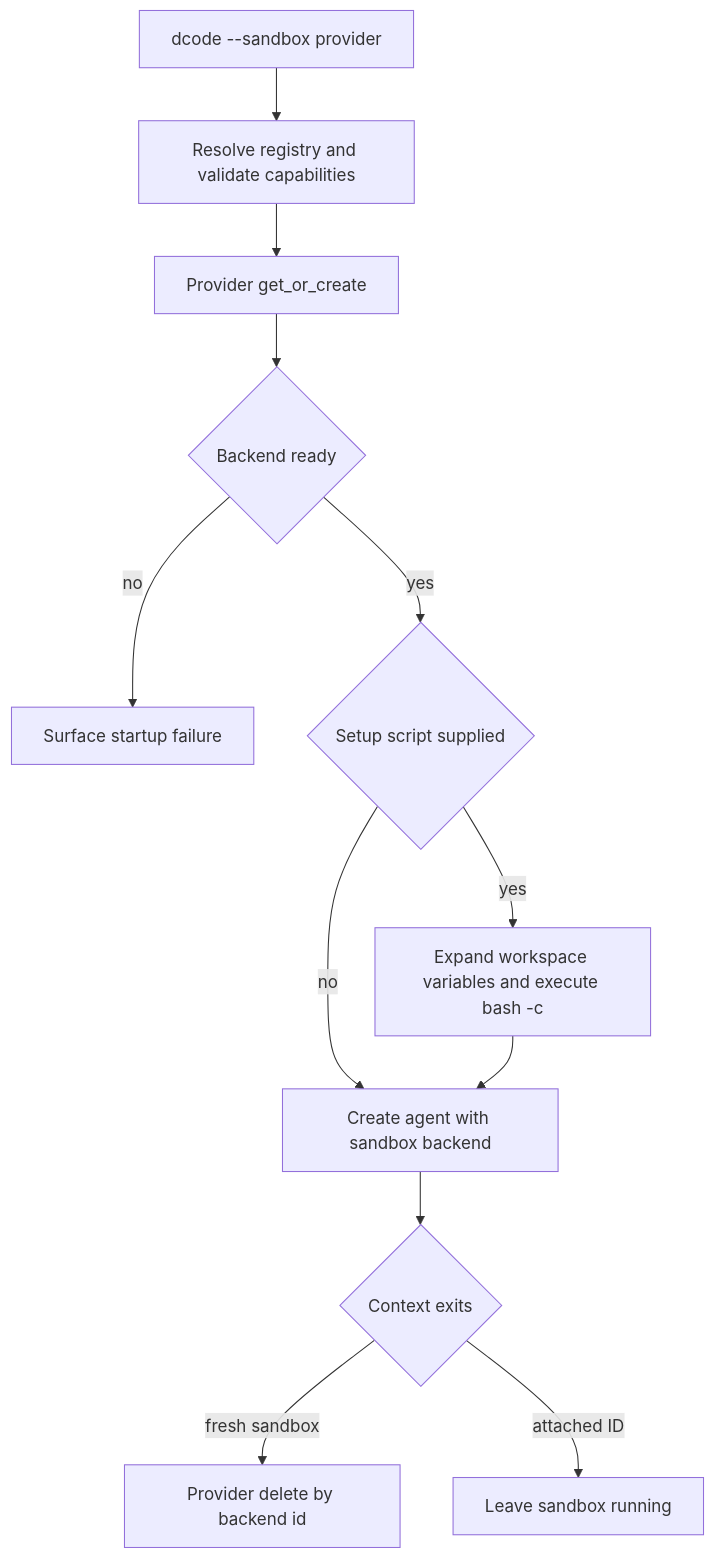
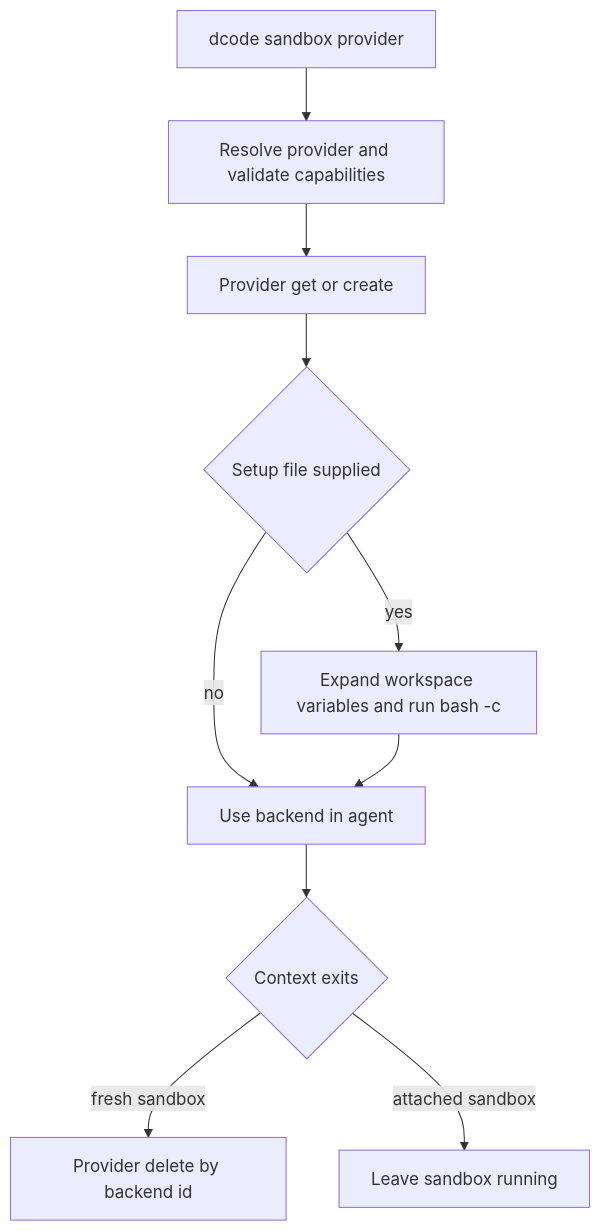
One commit to jkennedyvz/deepagents changed the second of 2 diagrams in openwiki/integrations/sandbox-partners.md. Above: the diagram before and after it, drawn with Mermaid. The commit also changed other lines of this file and 63 other files, not shown here.

````diff
--- a/openwiki/integrations/sandbox-partners.md
+++ b/openwiki/integrations/sandbox-partners.md
@@ -98,14 +101,12 @@
 ```mermaid
 flowchart TD
-    Start["dcode --sandbox provider"] --> Registry["Resolve registry and validate capabilities"]
-    Registry --> Create["Provider get_or_create"]
-    Create --> Ready{"Backend ready"}
-    Ready -->|no| Fail["Surface startup failure"]
-    Ready -->|yes| Setup{"Setup script supplied"}
-    Setup -->|yes| RunSetup["Expand workspace variables and execute bash -c"]
-    Setup -->|no| Serve["Create agent with sandbox backend"]
-    RunSetup --> Serve
-    Serve --> Exit{"Context exits"}
+    Start["dcode sandbox provider"] --> Resolve["Resolve provider and validate capabilities"]
+    Resolve --> Provision["Provider get or create"]
+    Provision --> Setup{"Setup file supplied"}
+    Setup -->|yes| RunSetup["Expand workspace variables and run bash -c"]
+    Setup -->|no| Use["Use backend in agent"]
+    RunSetup --> Use
+    Use --> Exit{"Context exits"}
     Exit -->|fresh sandbox| Delete["Provider delete by backend id"]
-    Exit -->|attached ID| Retain["Leave sandbox running"]
+    Exit -->|attached sandbox| Retain["Leave sandbox running"]
 ```
````
